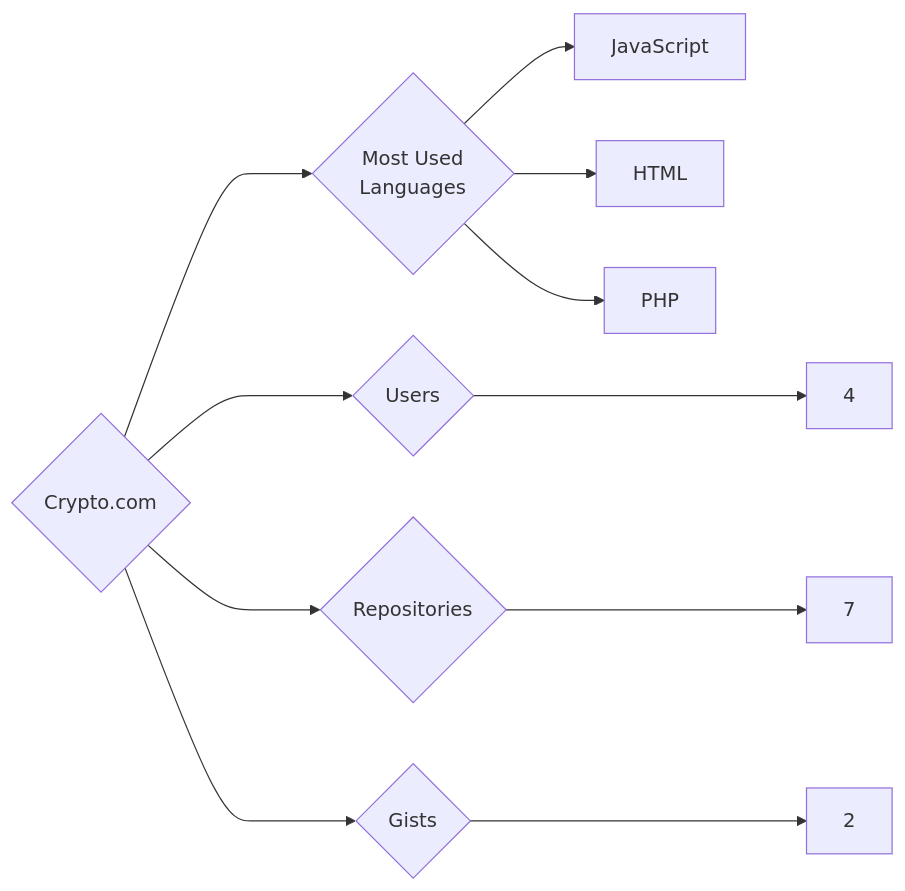
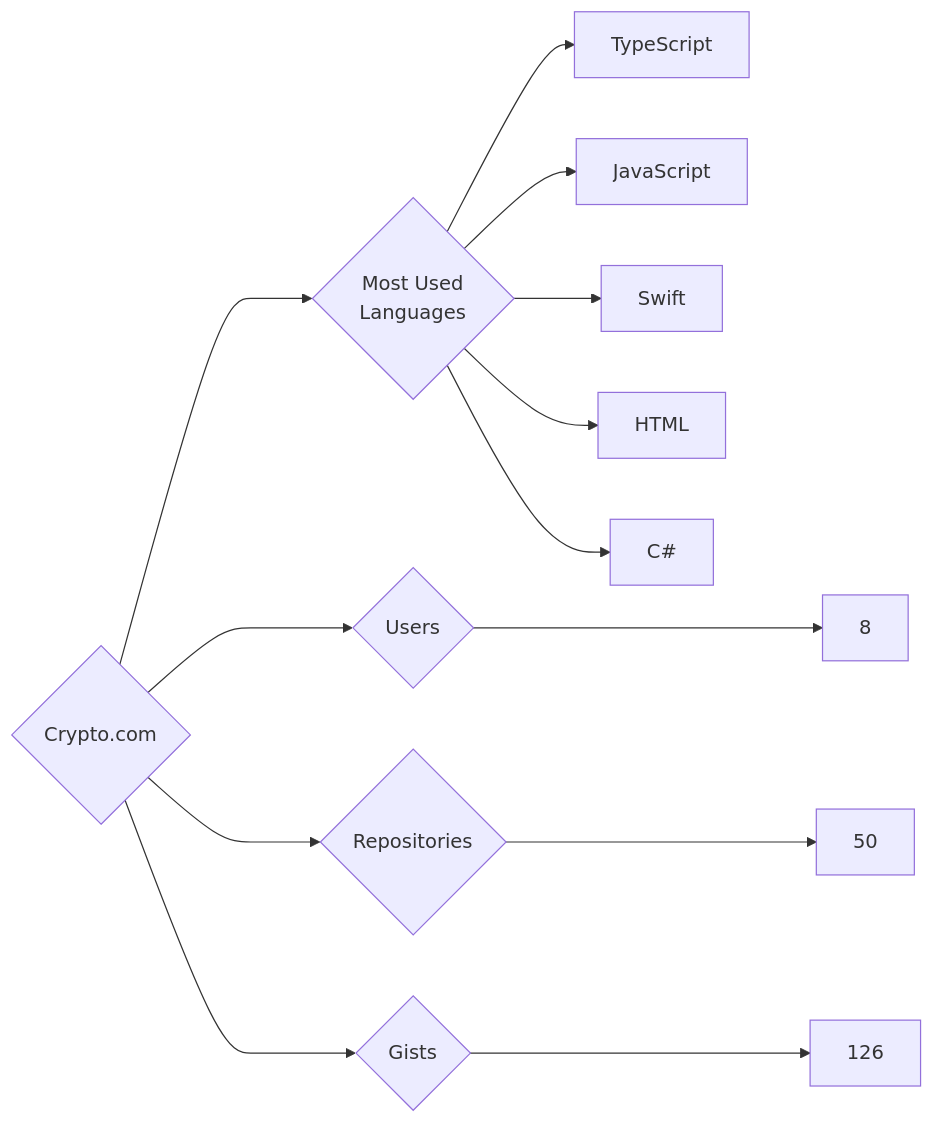
One commit to trickest/insiders changed the diagram in targets/Crypto.com/README.md. Above: the diagram before and after it, drawn with Mermaid. The commit also changed 1167 other files, not shown here.

````diff
--- a/targets/Crypto.com/README.md
+++ b/targets/Crypto.com/README.md
@@ -3,11 +3,13 @@
 ```mermaid
 graph LR
 COMPANY_NAME{Crypto.com}
-COMPANY_NAME ---> U{Users} ---> UN[4]
-COMPANY_NAME ---> R{Repositories} ---> RN[7]
-COMPANY_NAME ---> G{Gists} ---> GN[2]
+COMPANY_NAME ---> U{Users} ---> UN[8]
+COMPANY_NAME ---> R{Repositories} ---> RN[50]
+COMPANY_NAME ---> G{Gists} ---> GN[126]
 COMPANY_NAME ---> ML{Most Used<br>Languages}
+ML --> TypeScript[TypeScript]
 ML --> JavaScript[JavaScript]
+ML --> Swift[Swift]
 ML --> HTML[HTML]
-ML --> PHP[PHP]
+ML --> C#[C#]
 ```
````
